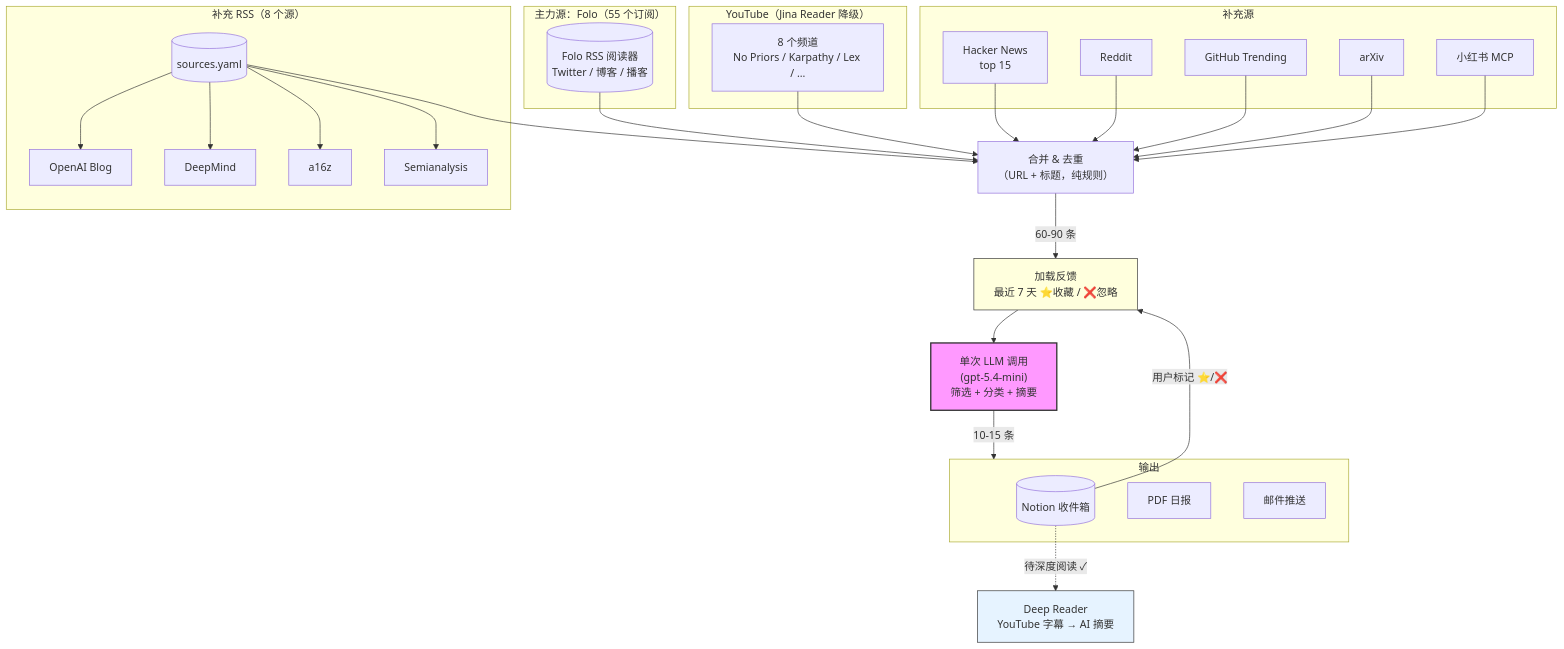
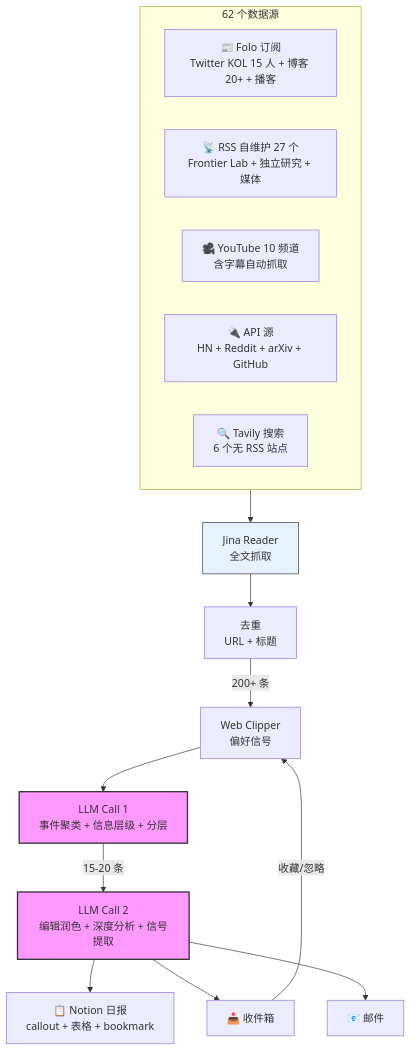
Before and after one commit to AlexZWANG1/RSS-Notion: the first of 2 diagrams in README.md, drawn with Mermaid. The commit also changed other lines of this file and 10 other files, not shown here.

First line of the commit message:
feat: v2 日报视觉升级 + 全文抓取 + 信息源扩充 + Deep Reader webhook

````diff
--- a/README.md
+++ b/README.md
@@ -17,47 +40,24 @@
 ```mermaid
 graph TB
-    subgraph "主力源：Folo（55 个订阅）"
-        Folo[("Folo RSS 阅读器<br/>Twitter / 博客 / 播客")]
+    subgraph Sources["62 个数据源"]
+        Folo["📰 Folo 订阅<br/>Twitter KOL 15 人 + 博客 20+ + 播客"]
+        RSS["📡 RSS 自维护 27 个<br/>Frontier Lab + 独立研究 + 媒体"]
+        YT["🎥 YouTube 10 频道<br/>含字幕自动抓取"]
+        API["🔌 API 源<br/>HN + Reddit + arXiv + GitHub"]
+        Tavily["🔍 Tavily 搜索<br/>6 个无 RSS 站点"]
     end
 
-    subgraph "补充 RSS（8 个源）"
-        RSS[("sources.yaml")]
-        RSS --> OpenAI[OpenAI Blog]
-        RSS --> DeepMind[DeepMind]
-        RSS --> a16z[a16z]
-        RSS --> Semi[Semianalysis]
-    end
+    Sources --> Jina["Jina Reader<br/>全文抓取"]
+    Jina --> Dedup["去重<br/>URL + 标题"]
+    Dedup --> |"200+ 条"| Clipper["Web Clipper<br/>偏好信号"]
+    Clipper --> Call1["LLM Call 1<br/>事件聚类 + 信息层级 + 分层"]
+    Call1 --> |"15-20 条"| Call2["LLM Call 2<br/>编辑润色 + 深度分析 + 信号提取"]
+    Call2 --> Notion["📋 Notion 日报<br/>callout + 表格 + bookmark"]
+    Call2 --> Inbox["📥 收件箱"]
+    Call2 --> Email["📧 邮件"]
+    Inbox --> |"收藏/忽略"| Clipper
 
-    subgraph "YouTube（Jina Reader 降级）"
-        YT[8 个频道<br/>No Priors / Karpathy / Lex / ...]
-    end
-
-    subgraph "补充源"
-        HN[Hacker News<br/>top 15]
-        Reddit[Reddit]
-        GH[GitHub Trending]
-        ArXiv[arXiv]
-        XHS[小红书 MCP]
-    end
-
-    Folo & RSS & YT & HN & Reddit & GH & ArXiv & XHS --> Merge["合并 & 去重<br/>（URL + 标题，纯规则）"]
-
-    Merge --> |"60-90 条"| Feedback["加载反馈<br/>最近 7 天 ⭐收藏 / ❌忽略"]
-
-    Feedback --> LLM["单次 LLM 调用<br/>(gpt-5.4-mini)<br/>筛选 + 分类 + 摘要"]
-
-    LLM --> |"10-15 条"| Output
-
-    subgraph Output["输出"]
-        Notion[(Notion 收件箱)]
-        PDF[PDF 日报]
-        Email[邮件推送]
-    end
-
-    Notion --> |"用户标记 ⭐/❌"| Feedback
-    Notion -.-> |"待深度阅读 ✓"| DeepReader["Deep Reader<br/>YouTube 字幕 → AI 摘要"]
-
-    style LLM fill:#f9f,stroke:#333,stroke-width:2px
-    style Feedback fill:#ffd,stroke:#333,stroke-width:1px
-    style DeepReader fill:#e6f3ff,stroke:#333,stroke-width:1px
+    style Call1 fill:#f9f,stroke:#333,stroke-width:2px
+    style Call2 fill:#f9f,stroke:#333,stroke-width:2px
+    style Jina fill:#e6f3ff,stroke:#333,stroke-width:1px
 ```
````
